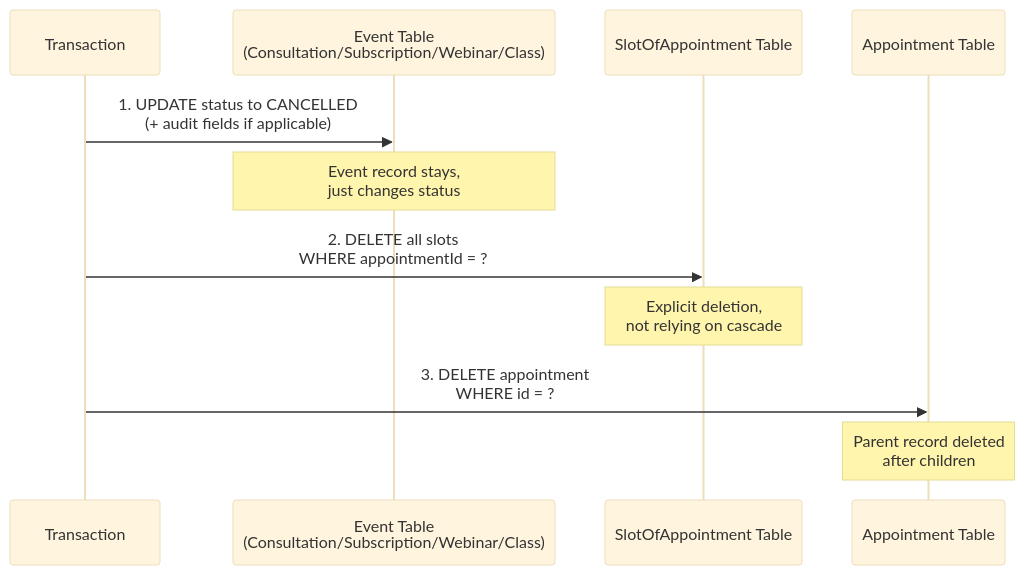
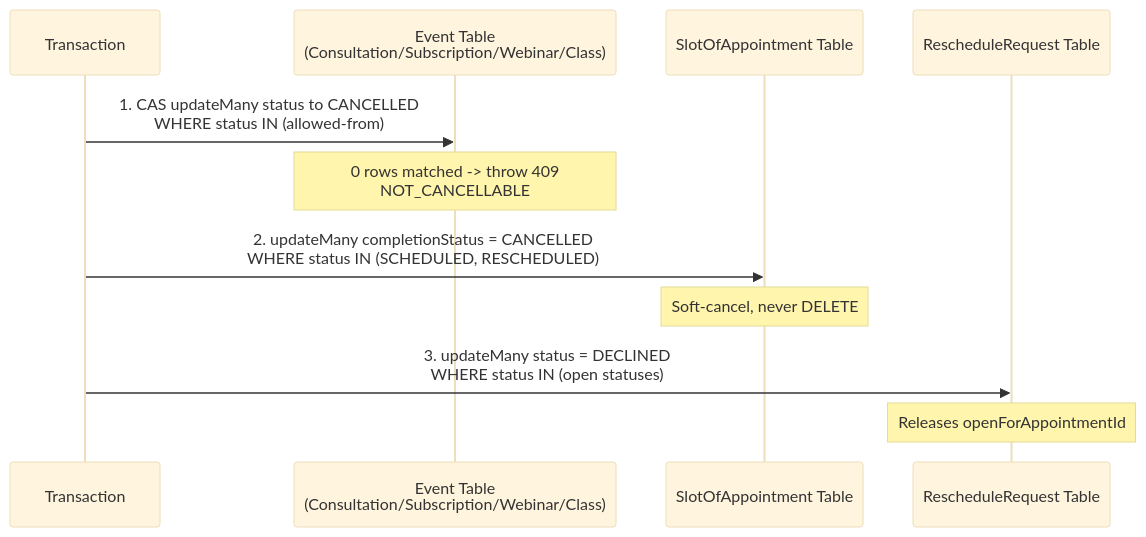
One commit to Practitionist/familiarise_web changed the ninth of 14 diagrams in docs/booking/08-cancellation-flow.md. Above: the diagram before and after it, drawn with Mermaid (base theme). The commit also changed other lines of this file and 8 other files, not shown here.

````diff
--- a/docs/booking/08-cancellation-flow.md
+++ b/docs/booking/08-cancellation-flow.md
@@ -805,16 +948,16 @@
 ```mermaid
 sequenceDiagram
     participant TX as Transaction
     participant EventTable as Event Table<br/>(Consultation/Subscription/Webinar/Class)
     participant SlotTable as SlotOfAppointment Table
-    participant ApptTable as Appointment Table
+    participant RRTable as RescheduleRequest Table
 
-    TX->>EventTable: 1. UPDATE status to CANCELLED<br/>(+ audit fields if applicable)
-    Note over EventTable: Event record stays,<br/>just changes status
+    TX->>EventTable: 1. CAS updateMany status to CANCELLED<br/>WHERE status IN (allowed-from)
+    Note over EventTable: 0 rows matched -> throw 409<br/>NOT_CANCELLABLE
 
-    TX->>SlotTable: 2. DELETE all slots<br/>WHERE appointmentId = ?
-    Note over SlotTable: Explicit deletion,<br/>not relying on cascade
+    TX->>SlotTable: 2. updateMany completionStatus = CANCELLED<br/>WHERE status IN (SCHEDULED, RESCHEDULED)
+    Note over SlotTable: Soft-cancel, never DELETE
 
-    TX->>ApptTable: 3. DELETE appointment<br/>WHERE id = ?
-    Note over ApptTable: Parent record deleted<br/>after children
+    TX->>RRTable: 3. updateMany status = DECLINED<br/>WHERE status IN (open statuses)
+    Note over RRTable: Releases openForAppointmentId
 ```
````
